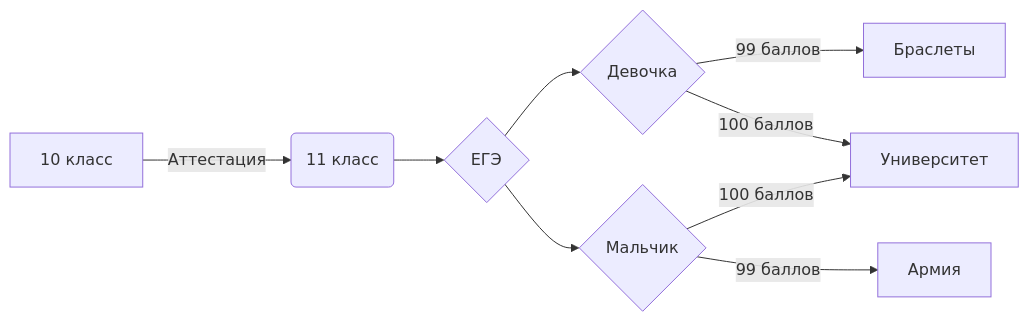
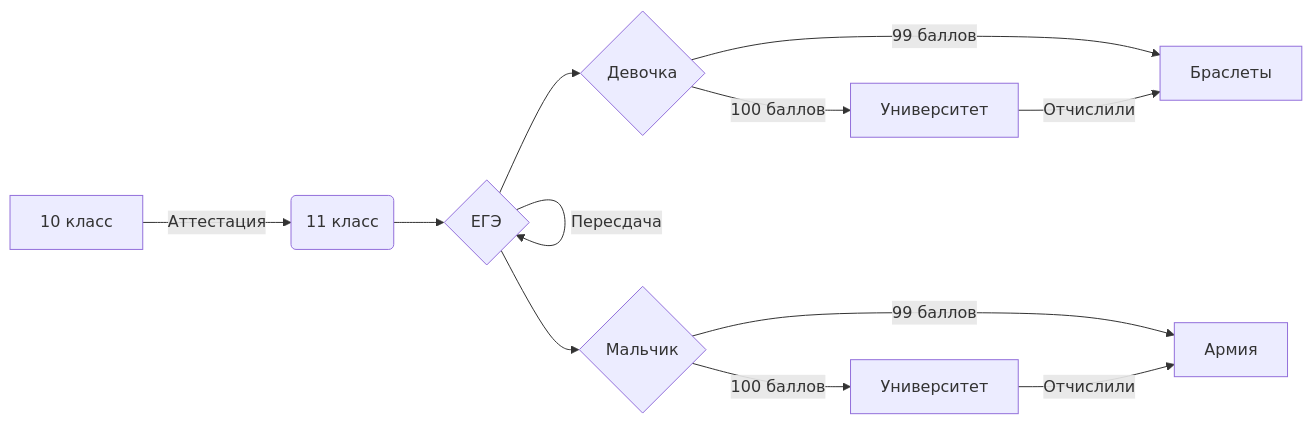
One commit to ZAGLO3301/lere changed the diagram in README.md. Above: the diagram before and after it, drawn with Mermaid.

````diff
--- a/README.md
+++ b/README.md
@@ -37,11 +37,14 @@
 ```mermaid
 flowchart LR
     A[10 класс] -->|Аттестация| B(11 класс)
     B --> C{ЕГЭ}
     C --> R{Девочка}
     C --> F{Мальчик}
     F -->|99 баллов| D[Армия]
-    F -->|100 баллов| E[Университет]
+    F -->|100 баллов| L[Университет]
     R -->|100 баллов| E[Университет]
-     R -->|99 баллов| J[Браслеты]
+    R -->|99 баллов| J[Браслеты]
+    C -->|Пересдача| C
+    L -->|Отчислили| D
+    E -->|Отчислили| J
 ```
````
